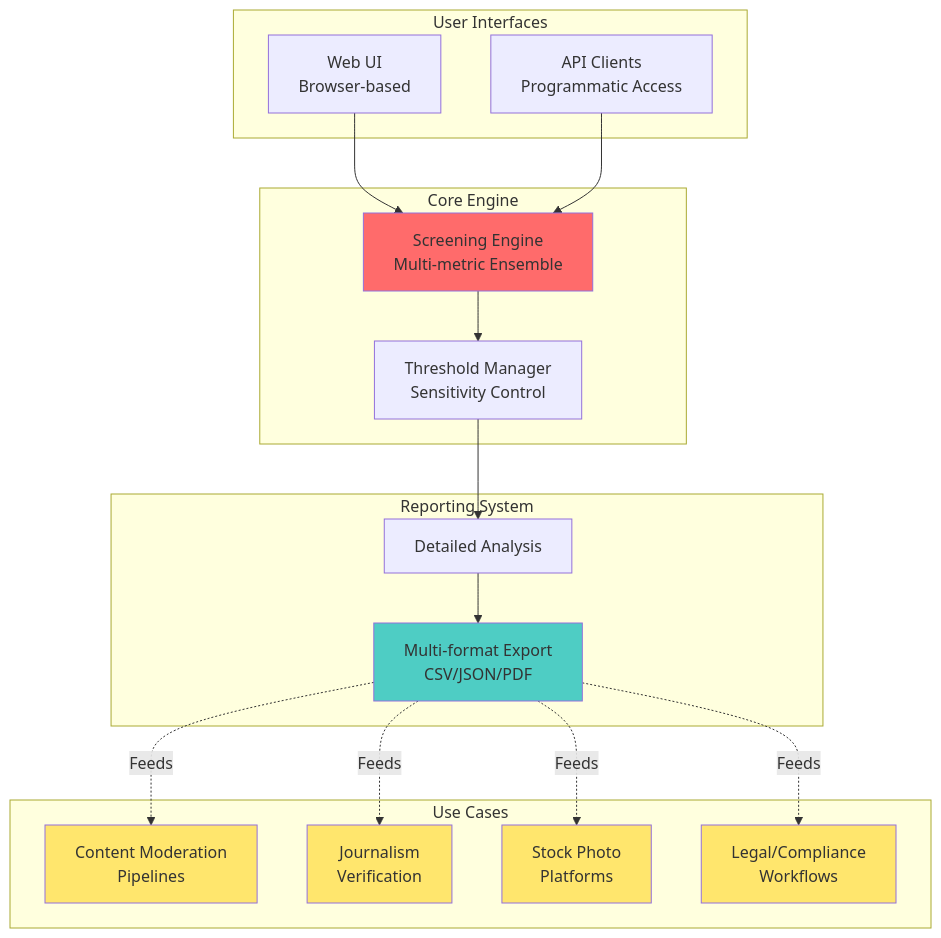
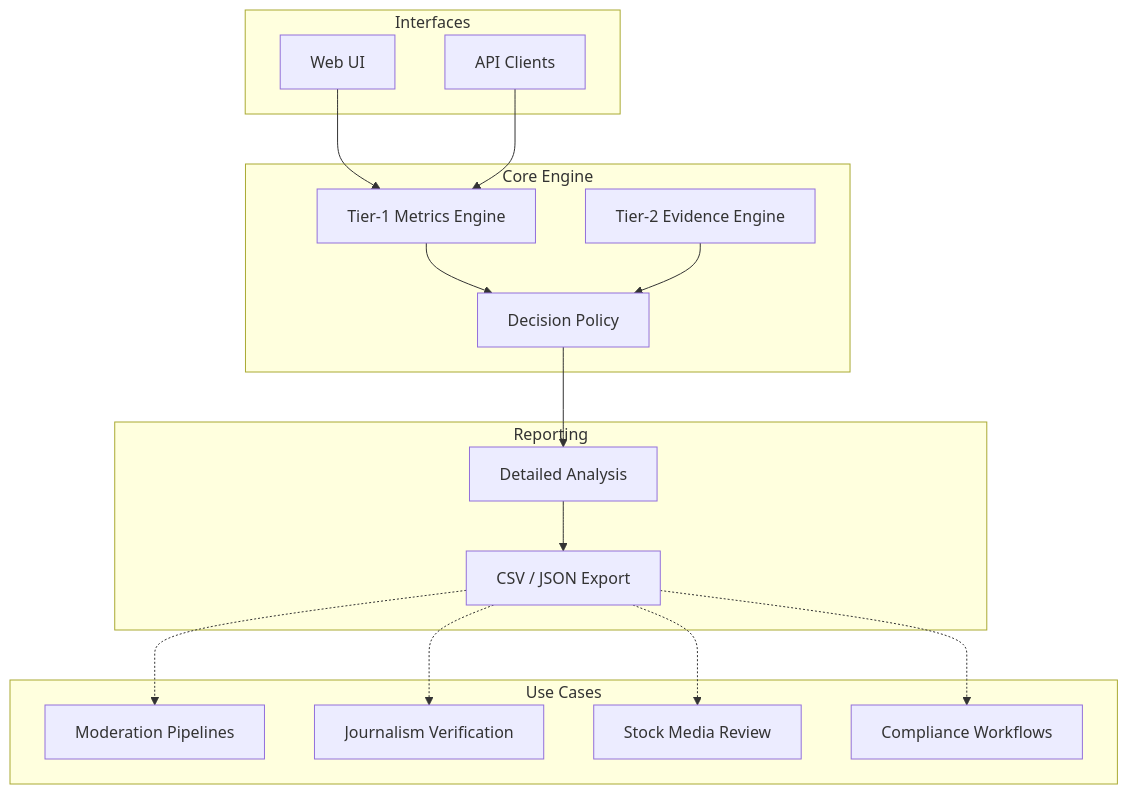
The seventh of 9 diagrams in docs/ARCHITECTURE.md (satyaki-mitra/ImageForensics-AI), drawn with Mermaid before and after one commit. The commit also changed other lines of this file and 4 other files, not shown here.

````diff
--- a/docs/ARCHITECTURE.md
+++ b/docs/ARCHITECTURE.md
@@ -326,43 +340,36 @@
 ```mermaid
 graph TB
-    subgraph "User Interfaces"
-        WEB[Web UI<br/>Browser-based]
-        API_CLIENT[API Clients<br/>Programmatic Access]
+    subgraph "Interfaces"
+        WEB[Web UI]
+        API_CLIENT[API Clients]
     end
     
     subgraph "Core Engine"
-        SCREEN[Screening Engine<br/>Multi-metric Ensemble]
-        THRESH_MGR[Threshold Manager<br/>Sensitivity Control]
+        METRICS[Tier-1 Metrics Engine]
+        EVIDENCE[Tier-2 Evidence Engine]
+        POLICY[Decision Policy]
     end
     
-    subgraph "Reporting System"
+    subgraph "Reporting"
         DETAIL[Detailed Analysis]
-        EXPORT[Multi-format Export<br/>CSV/JSON/PDF]
+        EXPORT[CSV / JSON Export]
     end
     
     subgraph "Use Cases"
-        UC1[Content Moderation<br/>Pipelines]
-        UC2[Journalism<br/>Verification]
-        UC3[Stock Photo<br/>Platforms]
-        UC4[Legal/Compliance<br/>Workflows]
+        UC1[Moderation Pipelines]
+        UC2[Journalism Verification]
+        UC3[Stock Media Review]
+        UC4[Compliance Workflows]
     end
     
-    WEB --> SCREEN
-    API_CLIENT --> SCREEN
+    WEB --> METRICS
+    API_CLIENT --> METRICS
     
-    SCREEN --> THRESH_MGR
-    THRESH_MGR --> DETAIL
+    METRICS --> POLICY
+    EVIDENCE --> POLICY
+    
+    POLICY --> DETAIL
     DETAIL --> EXPORT
     
-    EXPORT -.->|Feeds| UC1
-    EXPORT -.->|Feeds| UC2
-    EXPORT -.->|Feeds| UC3
-    EXPORT -.->|Feeds| UC4
-    
-    style SCREEN fill:#ff6b6b
-    style EXPORT fill:#4ecdc4
-    style UC1 fill:#ffe66d
-    style UC2 fill:#ffe66d
-    style UC3 fill:#ffe66d
-    style UC4 fill:#ffe66d
+    EXPORT -.-> UC1 & UC2 & UC3 & UC4
 ```
````
